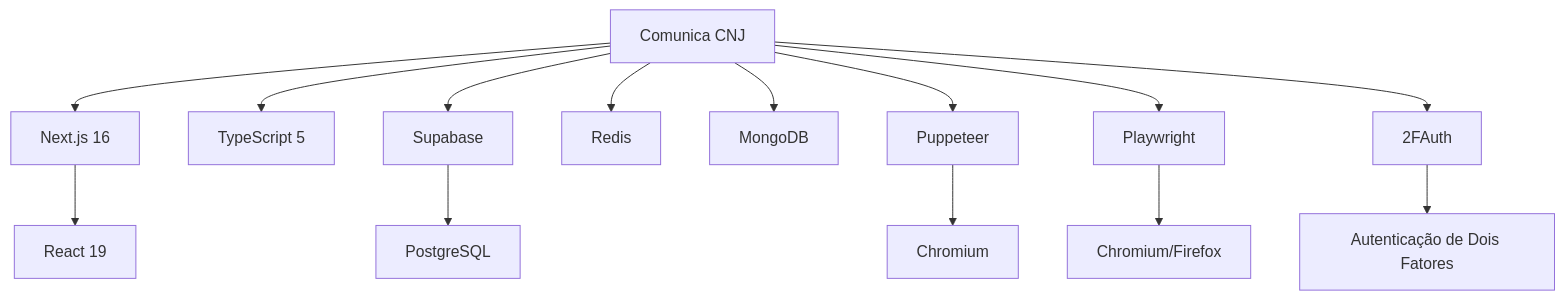
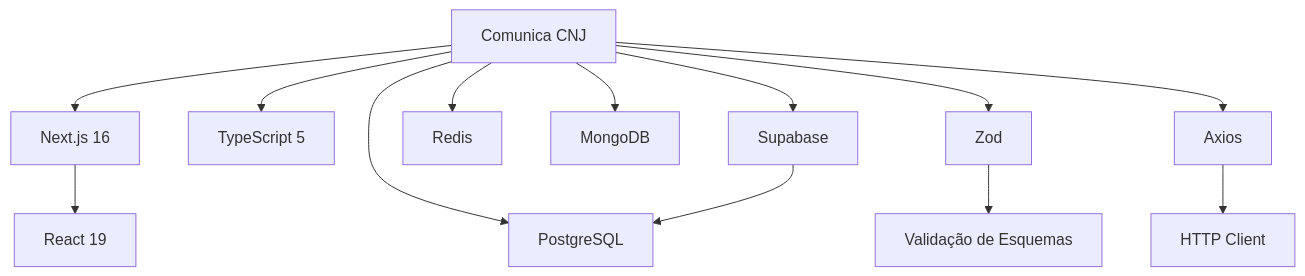
The sixth of 6 diagrams in .qoder/repowiki/pt/content/Módulos de Funcionalidade/Comunica CNJ.md (SinesysTech/zattar-os), drawn with Mermaid before and after one commit. The commit also changed other lines of this file and 14 other files, not shown here.

````diff
--- a/.qoder/repowiki/pt/content/Módulos de Funcionalidade/Comunica CNJ.md
+++ b/.qoder/repowiki/pt/content/Módulos de Funcionalidade/Comunica CNJ.md
@@ -209,16 +264,15 @@
 ```mermaid
 graph TD
 A[Comunica CNJ] --> B[Next.js 16]
 A --> C[TypeScript 5]
 A --> D[Supabase]
 A --> E[Redis]
 A --> F[MongoDB]
-A --> G[Puppeteer]
-A --> H[Playwright]
-A --> I[2FAuth]
+A --> G[Zod]
+A --> H[Axios]
+A --> I[PostgreSQL]
 B --> J[React 19]
-D --> K[PostgreSQL]
-G --> L[Chromium]
-H --> M[Chromium/Firefox]
-I --> N[Autenticação de Dois Fatores]
+D --> I
+G --> K[Validação de Esquemas]
+H --> L[HTTP Client]
 ```
````
